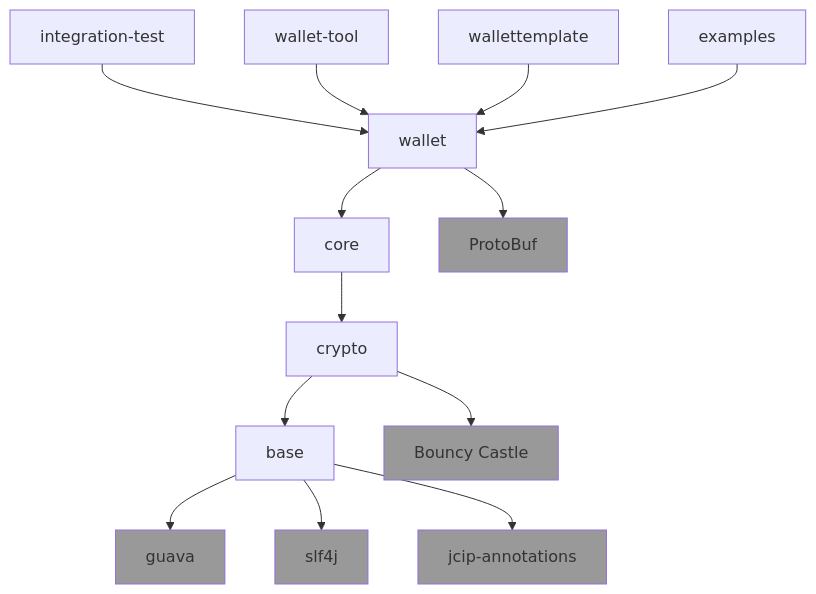
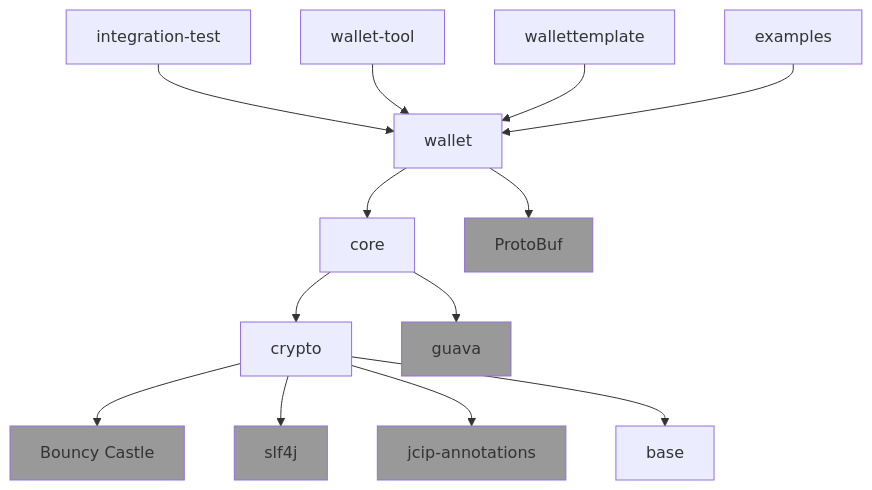
Before and after one commit to bitcoinj/bitcoinj: the diagram in designdocs/modular-architecture.md, drawn with Mermaid.

Commit message:
modular-architecture.md: `base` with zero dependencies
Also, move Guava dependency to `core`
`crypto` still depends on `slf4j` and `jcip-annotations` but hopefully at some point that can be eliminated, too.

`````diff
--- a/designdocs/modular-architecture.md
+++ b/designdocs/modular-architecture.md
@@ -6,17 +6,18 @@
 ````mermaid
 graph TD
-    B[base] --> G[guava]
-    B --> S[slf4j]
-    B --> A[jcip-annotations]
+    B[base]
     CR[crypto] --> BC[Bouncy Castle]
+    CR --> S[slf4j]
+    CR --> A[jcip-annotations]
     CR --> B
     CO[core] --> CR
+    CO --> G[guava]
     W --> P[ProtoBuf]
     W[wallet] --> CO
     I[integration-test] --> W
     WT[wallet-tool] --> W
     FX[wallettemplate] --> W
     E[examples] --> W
 classDef external fill:#999;
 class G,S,A,BC,P external;
 ````
`````
